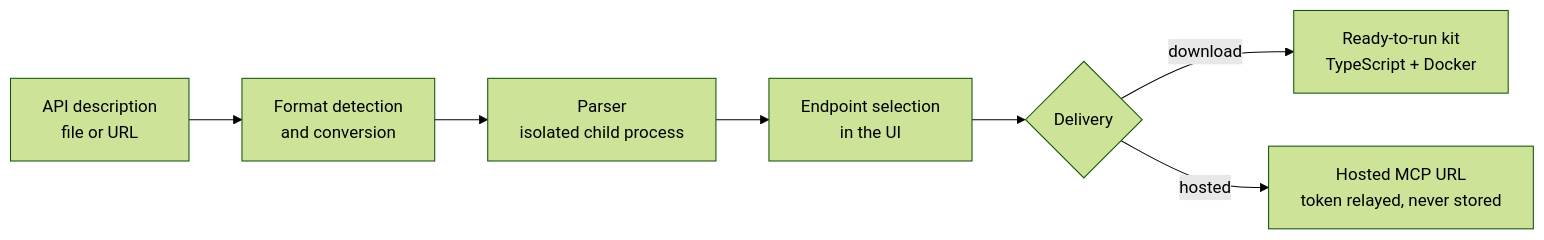
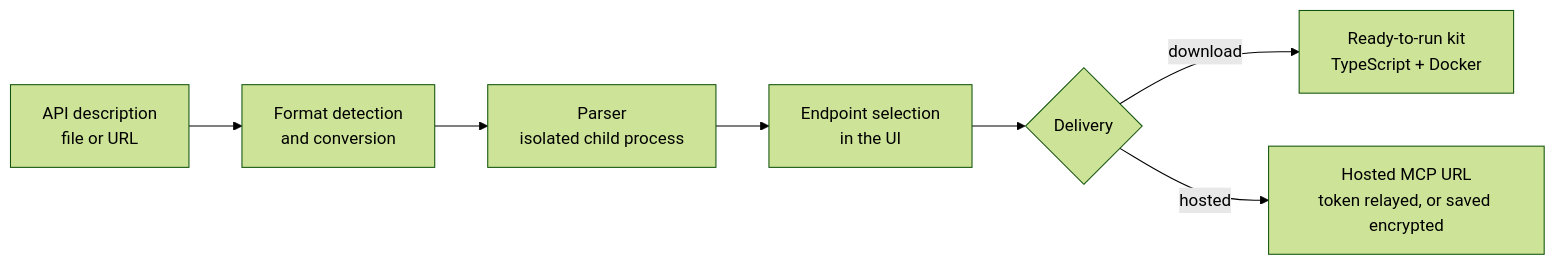
One commit to cedricgicquiaud/slice changed the diagram in README.md. Above: the diagram before and after it, drawn with Mermaid (forest theme). The commit also changed other lines of this file, not shown here.

Commit message:
docs(WAT-179): the README says a hosted MCP's token is relayed or saved once, encrypted, no longer "never stored"

````diff
--- a/README.md
+++ b/README.md
@@ -77,9 +77,9 @@
 ```mermaid
 flowchart LR
     A[API description<br/>file or URL] --> B[Format detection<br/>and conversion]
     B --> C[Parser<br/>isolated child process]
     C --> D[Endpoint selection<br/>in the UI]
     D --> E{Delivery}
     E -->|download| F[Ready-to-run kit<br/>TypeScript + Docker]
-    E -->|hosted| G[Hosted MCP URL<br/>token relayed, never stored]
+    E -->|hosted| G[Hosted MCP URL<br/>token relayed, or saved encrypted]
 ```
````
